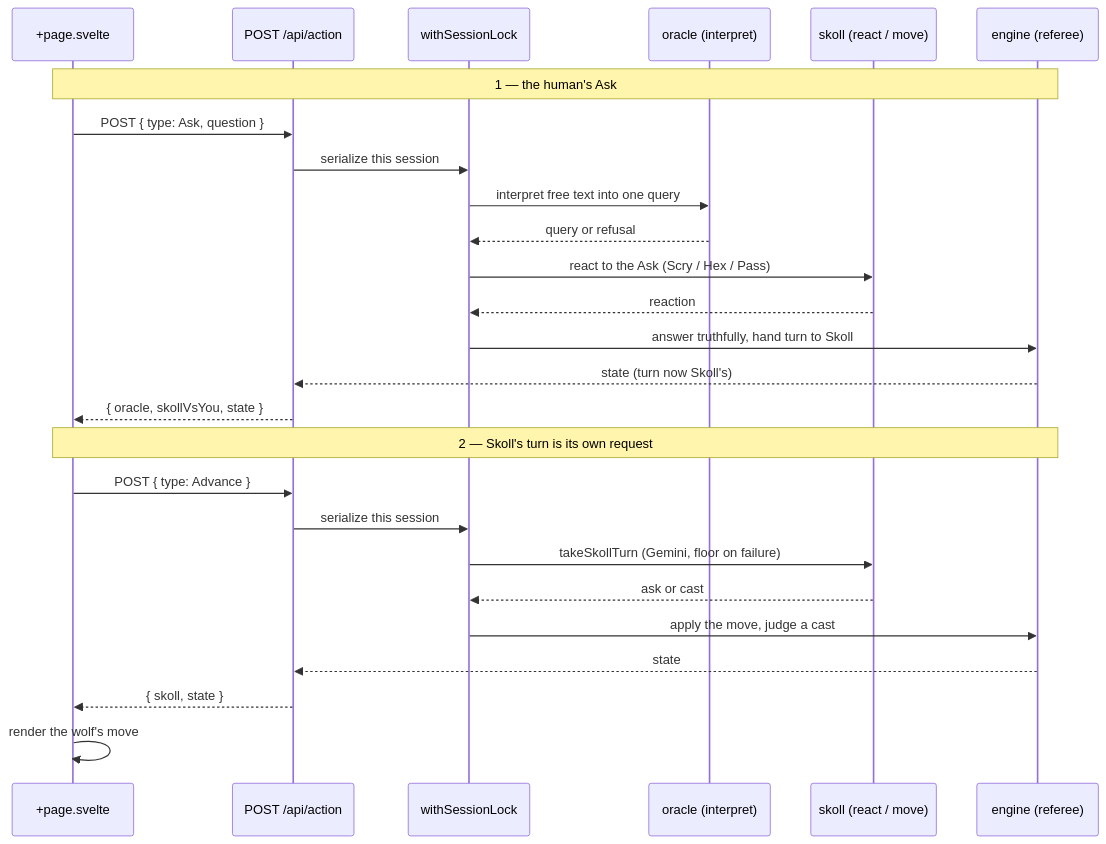
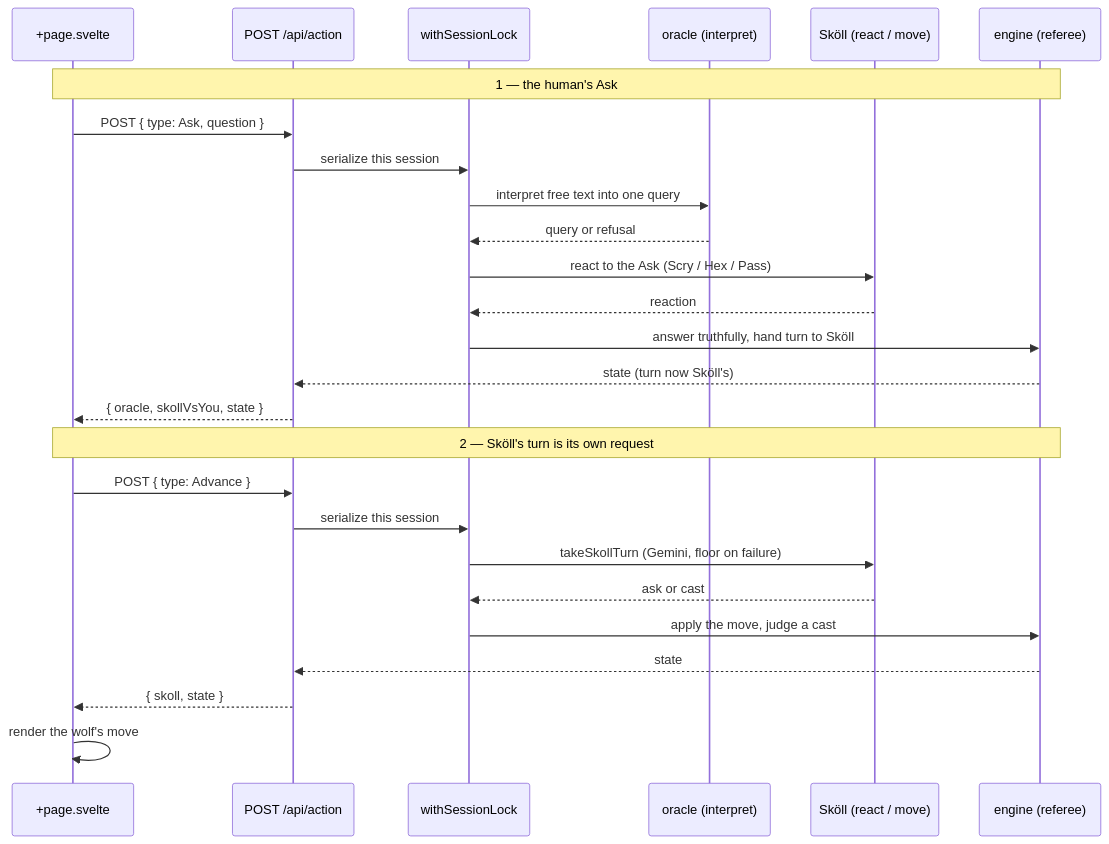
The second of 4 diagrams in docs/architecture.md (anchildress1/save-the-sun), drawn with Mermaid before and after one commit. The commit also changed other lines of this file, not shown here.

Commit message:
docs: use Sköll consistently in architecture diagrams
Switch diagram prose, node labels, participant labels, and accDescr text
from ASCII Skoll to Sköll, matching the rest of the repo. Mermaid node-ids
and aliases (Skoll, SkollMem) stay ASCII as required by the identifier
grammar; only their visible labels carry the umlaut. Re-validated all
edited diagrams.

````diff
--- a/docs/architecture.md
+++ b/docs/architecture.md
@@ -78,33 +78,33 @@
 ```mermaid
 sequenceDiagram
     accTitle: Turn and Advance flow
-    accDescr: A human Ask is one POST that the Oracle interprets and Skoll reacts to under a per-session lock. Skoll's own move is a separate Advance POST the client fires afterward.
+    accDescr: A human Ask is one POST that the Oracle interprets and Sköll reacts to under a per-session lock. Sköll's own move is a separate Advance POST the client fires afterward.
 
     participant Page as +page.svelte
     participant Action as POST /api/action
     participant Lock as withSessionLock
     participant Oracle as oracle (interpret)
-    participant Skoll as skoll (react / move)
+    participant Skoll as Sköll (react / move)
     participant Engine as engine (referee)
 
     Note over Page,Engine: 1 — the human's Ask
     Page->>Action: POST { type: Ask, question }
     Action->>Lock: serialize this session
     Lock->>Oracle: interpret free text into one query
     Oracle-->>Lock: query or refusal
     Lock->>Skoll: react to the Ask (Scry / Hex / Pass)
     Skoll-->>Lock: reaction
-    Lock->>Engine: answer truthfully, hand turn to Skoll
-    Engine-->>Action: state (turn now Skoll's)
+    Lock->>Engine: answer truthfully, hand turn to Sköll
+    Engine-->>Action: state (turn now Sköll's)
     Action-->>Page: { oracle, skollVsYou, state }
 
-    Note over Page,Engine: 2 — Skoll's turn is its own request
+    Note over Page,Engine: 2 — Sköll's turn is its own request
     Page->>Action: POST { type: Advance }
     Action->>Lock: serialize this session
     Lock->>Skoll: takeSkollTurn (Gemini, floor on failure)
     Skoll-->>Lock: ask or cast
     Lock->>Engine: apply the move, judge a cast
     Engine-->>Action: state
     Action-->>Page: { skoll, state }
     Page->>Page: render the wolf's move
 ```
````
